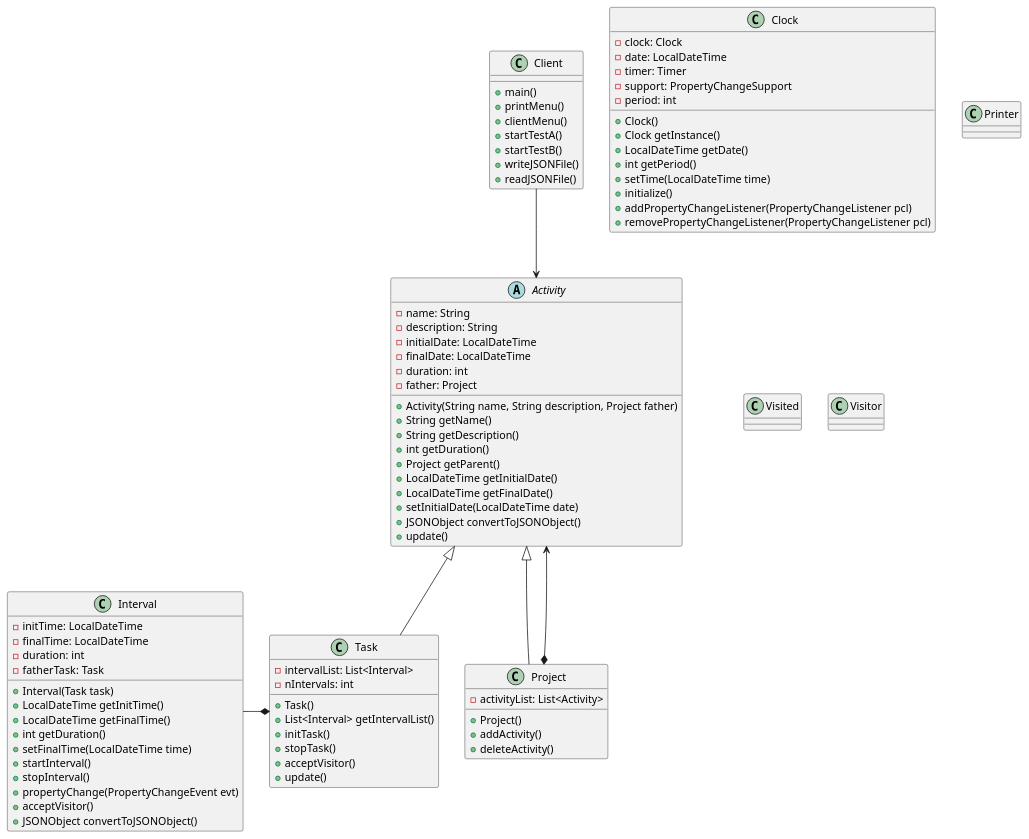
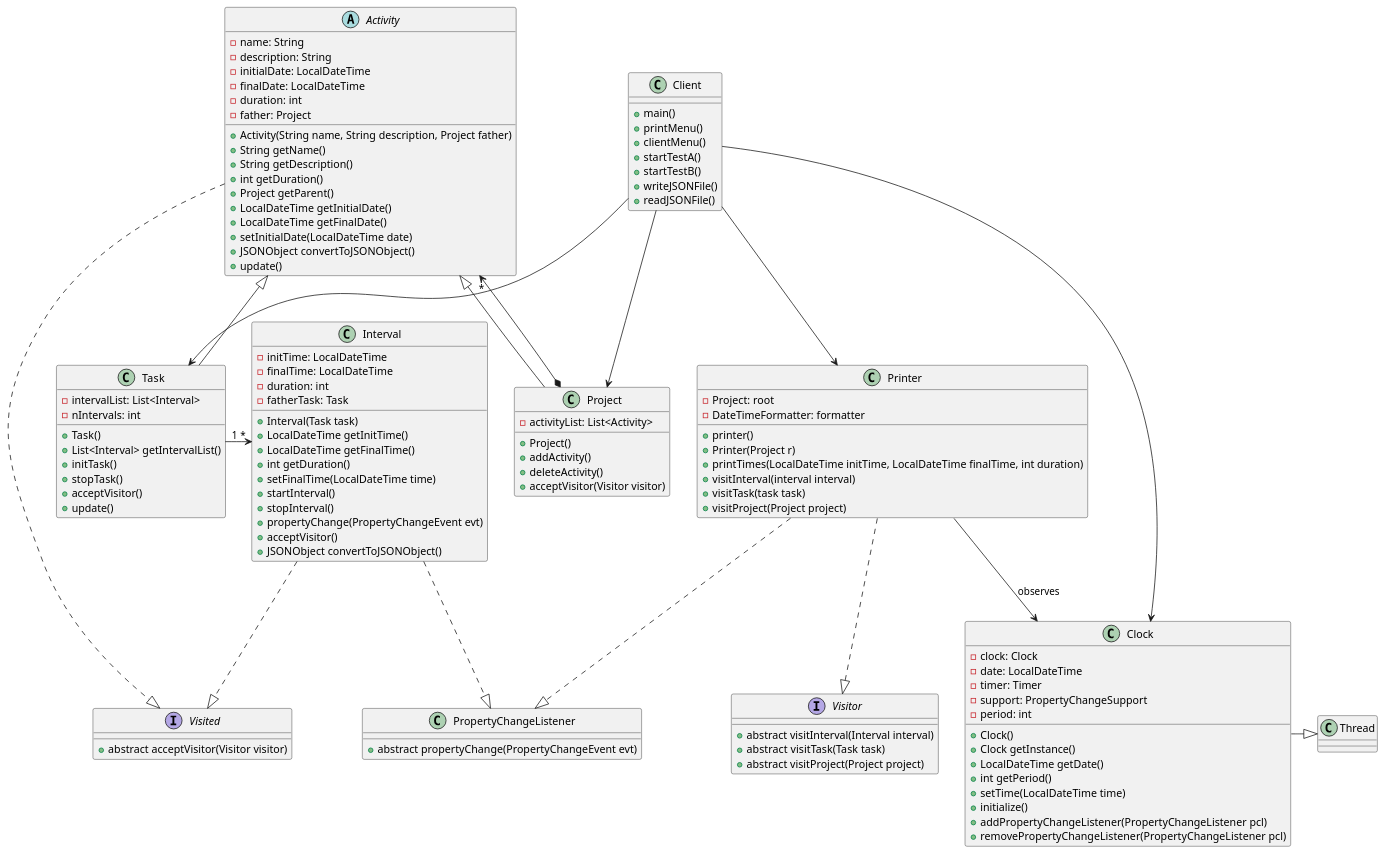
Before and after one commit to TimeTrackerUAB/timetracker: the diagram in CodigoDS/src/classDiagram.puml, drawn with PlantUML.

Commit message:
UML finished

```diff
--- a/CodigoDS/src/classDiagram.puml
+++ b/CodigoDS/src/classDiagram.puml
@@ -1,101 +1,132 @@
 @startuml
 
 
 abstract class Activity{
 - name: String
 - description: String
 - initialDate: LocalDateTime
 - finalDate: LocalDateTime
 - duration: int
 - father: Project
 + Activity(String name, String description, Project father)
 + String getName()
 + String getDescription()
 + int getDuration()
 + Project getParent()
 + LocalDateTime getInitialDate()
 + LocalDateTime getFinalDate()
 + setInitialDate(LocalDateTime date)
 + JSONObject convertToJSONObject()
 + update()
 
 }
 
 class Task{
 - intervalList: List<Interval>
 - nIntervals: int
 + Task()
 + List<Interval> getIntervalList()
 + initTask()
 + stopTask()
 + acceptVisitor()
 + update()
 }
 
 class Project{
 - activityList: List<Activity>
 + Project()
 + addActivity()
 + deleteActivity()
++ acceptVisitor(Visitor visitor)
+
 }
 
 class Clock{
 - clock: Clock
 - date: LocalDateTime
 - timer: Timer
 - support: PropertyChangeSupport
 - period: int
 + Clock()
 + Clock getInstance()
 + LocalDateTime getDate()
 + int getPeriod()
 + setTime(LocalDateTime time)
 + initialize()
 + addPropertyChangeListener(PropertyChangeListener pcl)
 + removePropertyChangeListener(PropertyChangeListener pcl)
 }
+
+class Thread{}
 
 class Interval{
 - initTime: LocalDateTime
 - finalTime: LocalDateTime
 - duration: int
 - fatherTask: Task
 + Interval(Task task)
 + LocalDateTime getInitTime()
 + LocalDateTime getFinalTime()
 + int getDuration()
 + setFinalTime(LocalDateTime time)
 + startInterval()
 + stopInterval()
 + propertyChange(PropertyChangeEvent evt)
 + acceptVisitor()
 + JSONObject convertToJSONObject()
 }
 
 class Client{
 + main()
 + printMenu()
 + clientMenu()
 + startTestA()
 + startTestB()
 + writeJSONFile()
 + readJSONFile()
 }
 
 class Printer{
+- Project: root
+- DateTimeFormatter: formatter
++ printer()
++ Printer(Project r)
++ printTimes(LocalDateTime initTime, LocalDateTime finalTime, int duration)
++ visitInterval(interval interval)
++ visitTask(task task)
++ visitProject(Project project)
 }
 
-class Visited{
+interface Visited{
++ abstract acceptVisitor(Visitor visitor)
 }
 
-class Visitor{
+interface Visitor{
++ abstract visitInterval(Interval interval)
++ abstract visitTask(Task task)
++ abstract visitProject(Project project)
+
+}
+
+class PropertyChangeListener{
++ abstract propertyChange(PropertyChangeEvent evt)
 }
 
 
 Project -up-|> Activity
 Task -up-|> Activity
-Project  *--> Activity
-Client --> Activity
-Task *-left- Interval
+Project  *--> "*" Activity
+Client --> Project
+Client --> Task
+Client --> Clock
+Client --> Printer
+Task "1" -right->"*" Interval
+Printer --> Clock : observes
+Clock -right-|> Thread
+Printer ..|> Visitor
+Activity ..|> Visited
+Interval ..|> Visited
+Printer ..|> PropertyChangeListener
+Interval ..|> PropertyChangeListener
 
 @enduml
```
